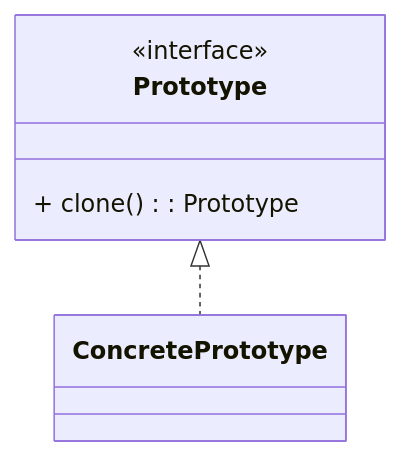
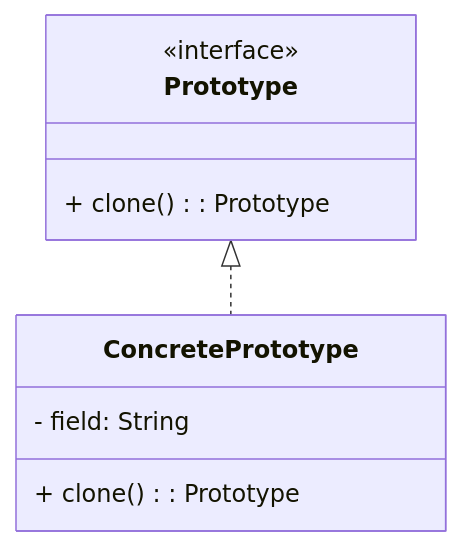
The diagram in 设计模式/创建型/原型模式.md (tghrxxxyyy/knowledge-base), drawn with Mermaid before and after one commit. The commit also changed other lines of this file and 101 other files, not shown here.

````diff
--- a/设计模式/创建型/原型模式.md
+++ b/设计模式/创建型/原型模式.md
@@ -10,9 +26,12 @@
 ```mermaid
 classDiagram
     class Prototype {
         <<interface>>
         + clone(): Prototype
     }
-    class ConcretePrototype
+    class ConcretePrototype {
+        - field: String
+        + clone(): Prototype
+    }
     Prototype <|.. ConcretePrototype
 ```
````
